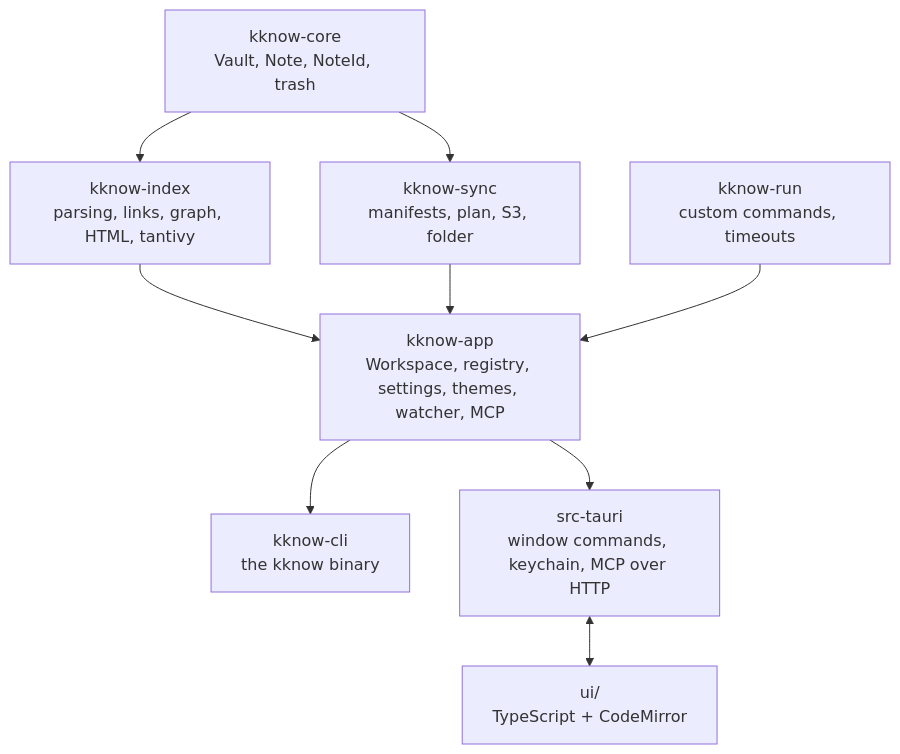
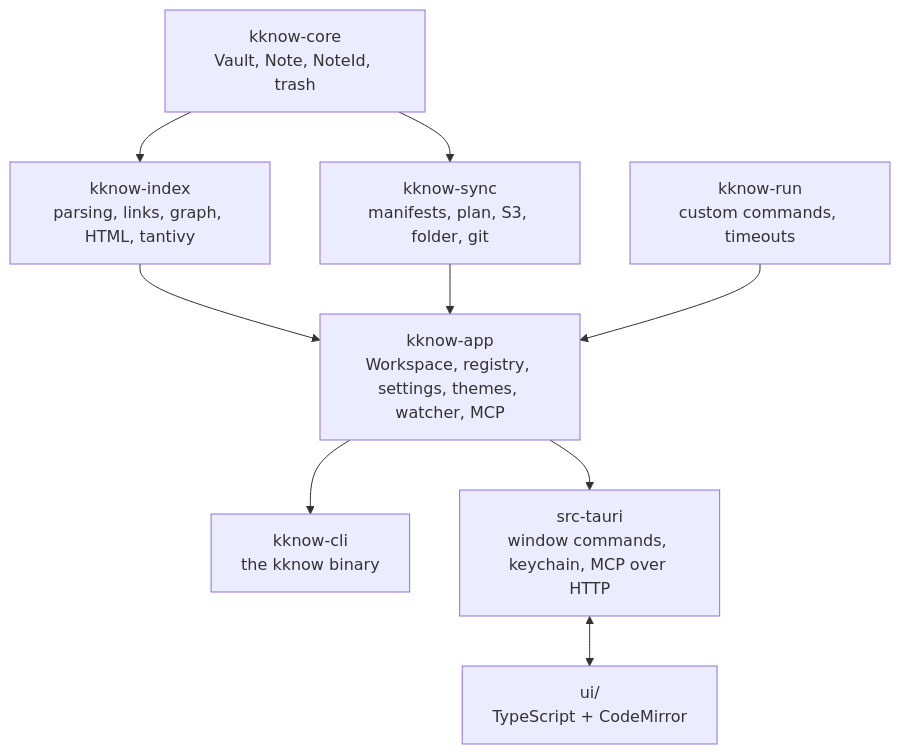
One commit to akuchin/kknow changed the first of 4 diagrams in site/architecture.md. Above: the diagram before and after it, drawn with Mermaid. The commit also changed other lines of this file and 47 other files, not shown here.

First line of the commit message:
Add git as a sync provider with a changes view

````diff
--- a/site/architecture.md
+++ b/site/architecture.md
@@ -31,20 +31,20 @@
 ```mermaid
 flowchart TB
   core["kknow-core<br/>Vault, Note, NoteId, trash"]
   index["kknow-index<br/>parsing, links, graph, HTML, tantivy"]
-  sync["kknow-sync<br/>manifests, plan, S3, folder"]
+  sync["kknow-sync<br/>manifests, plan, S3, folder, git"]
   run["kknow-run<br/>custom commands, timeouts"]
   app["kknow-app<br/>Workspace, registry, settings, themes, watcher, MCP"]
   cli["kknow-cli<br/>the kknow binary"]
   tauri["src-tauri<br/>window commands, keychain, MCP over HTTP"]
   ui["ui/<br/>TypeScript + CodeMirror"]
 
   core --> index
   core --> sync
   index --> app
   sync --> app
   run --> app
   app --> cli
   app --> tauri
   tauri <--> ui
 ```
````
